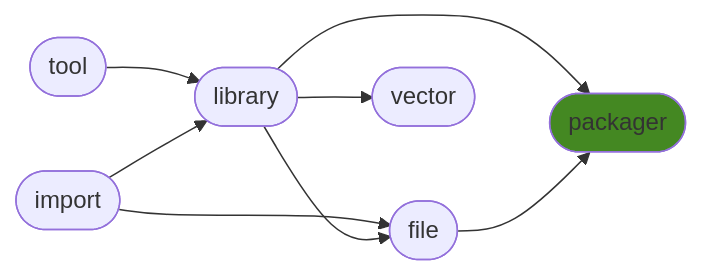
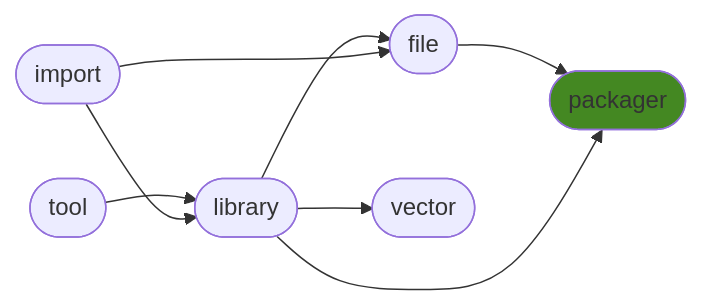
Before and after one commit to ManderaGeneral/generalpackager: the diagram in README.md, drawn with Mermaid. The commit also changed other lines of this file, not shown here.

````diff
--- a/README.md
+++ b/README.md
@@ -24,17 +24,17 @@
 ```mermaid
 flowchart LR
+2([library]) --> 4([vector])
+1([tool]) --> 2([library])
+3([file]) --> 5([packager])
+2([library]) --> 3([file])
+0([import]) --> 2([library])
+0([import]) --> 3([file])
 2([library]) --> 5([packager])
-2([library]) --> 4([vector])
-3([file]) --> 5([packager])
-0([import]) --> 3([file])
-1([tool]) --> 2([library])
-0([import]) --> 2([library])
-2([library]) --> 3([file])
 click 0 "https://github.com/ManderaGeneral/generalimport"
 click 1 "https://github.com/ManderaGeneral/generaltool"
 click 2 "https://github.com/ManderaGeneral/generallibrary"
 click 3 "https://github.com/ManderaGeneral/generalfile"
 click 4 "https://github.com/ManderaGeneral/generalvector"
 click 5 "https://github.com/ManderaGeneral/generalpackager"
 style 5 fill:#482
 ```
````
